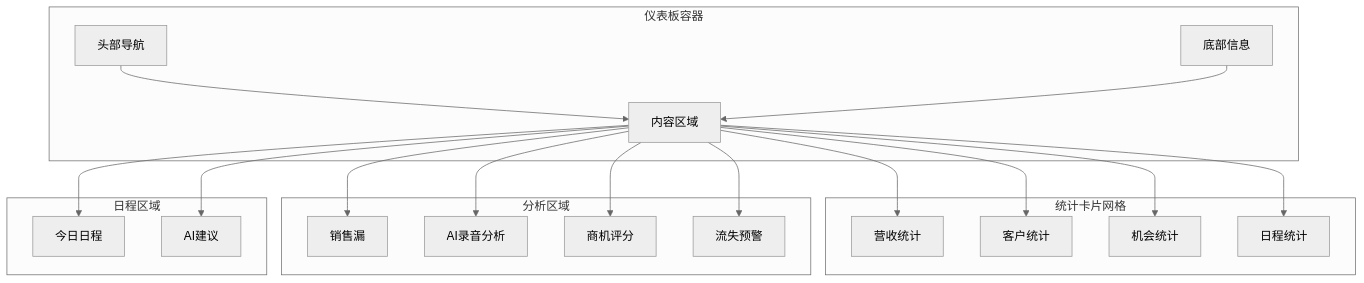
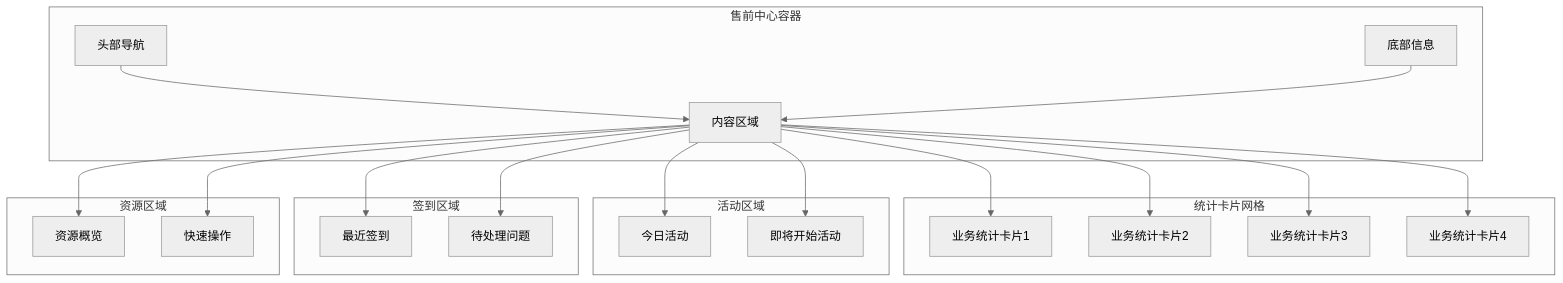
Before and after one commit to xianjianshenqu/SalesFlow-CRM: diagram 18 of 27 in .qoder/repowiki/zh/content/Pre Sales Dashboard.md, drawn with Mermaid (neutral theme). The commit also changed other lines of this file and 11 other files, not shown here.

````diff
--- a/.qoder/repowiki/zh/content/Pre Sales Dashboard.md
+++ b/.qoder/repowiki/zh/content/Pre Sales Dashboard.md
@@ -627,36 +741,38 @@
 ```mermaid
 graph TB
-subgraph "仪表板容器"
+subgraph "售前中心容器"
 Header[头部导航]
 Content[内容区域]
 Footer[底部信息]
 end
 subgraph "统计卡片网格"
-Card1[营收统计]
-Card2[客户统计]
-Card3[机会统计]
-Card4[日程统计]
+Card1[业务统计卡片1]
+Card2[业务统计卡片2]
+Card3[业务统计卡片3]
+Card4[业务统计卡片4]
 end
-subgraph "分析区域"
-Funnel[销售漏]
-Recording[AI录音分析]
-Score[商机评分]
-Churn[流失预警]
+subgraph "活动区域"
+TodayActivity[今日活动]
+UpcomingActivities[即将开始活动]
 end
-subgraph "日程区域"
-Schedule[今日日程]
-Suggestion[AI建议]
+subgraph "签到区域"
+RecentSignIns[最近签到]
+PendingQuestions[待处理问题]
+end
+subgraph "资源区域"
+ResourceOverview[资源概览]
+QuickActions[快速操作]
 end
 Header --> Content
 Content --> Card1
 Content --> Card2
 Content --> Card3
 Content --> Card4
-Content --> Funnel
-Content --> Recording
-Content --> Score
-Content --> Churn
-Content --> Schedule
-Content --> Suggestion
+Content --> TodayActivity
+Content --> UpcomingActivities
+Content --> RecentSignIns
+Content --> PendingQuestions
+Content --> ResourceOverview
+Content --> QuickActions
 Footer --> Content
 ```
````
